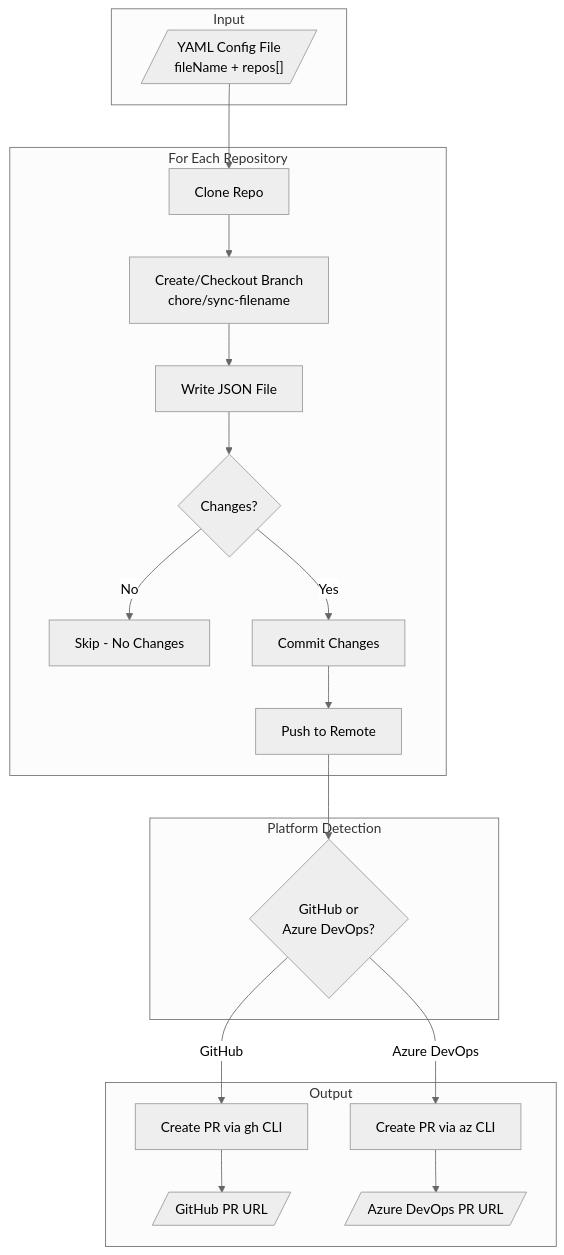
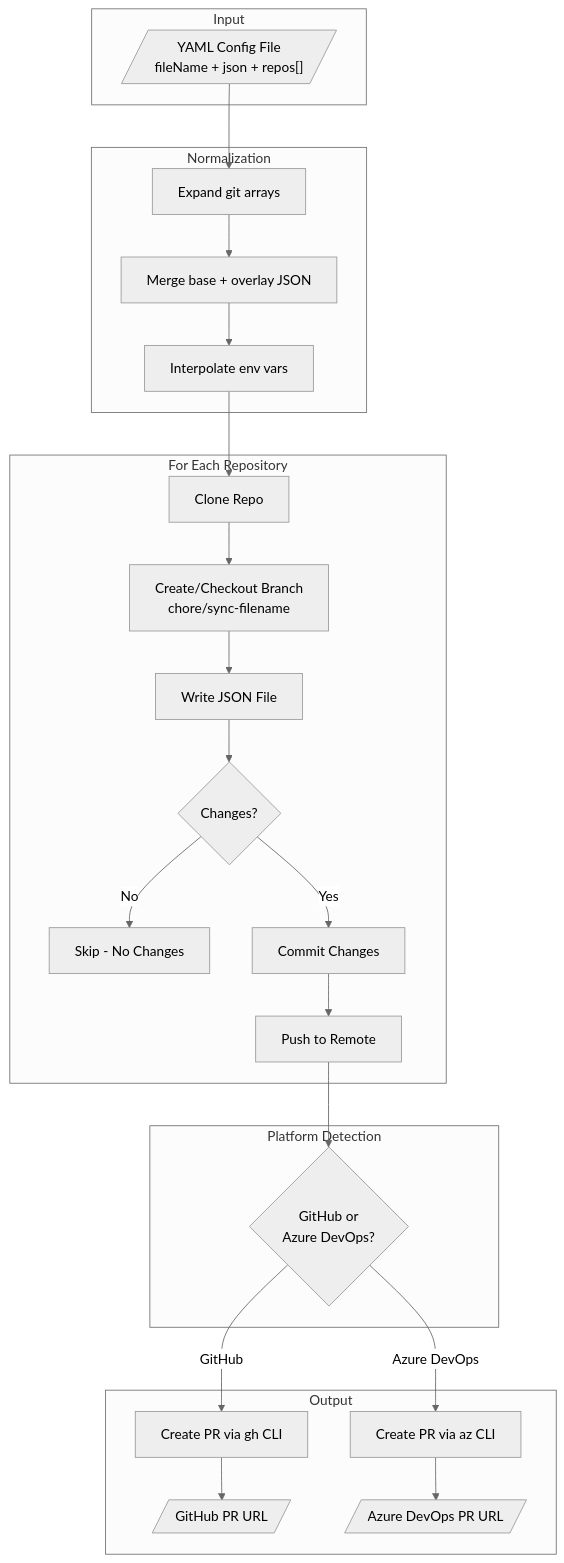
Before and after one commit to anthony-spruyt/json-config-sync: the diagram in README.md, drawn with Mermaid (neutral theme). The commit also changed other lines of this file and 24 other files, not shown here.

````diff
--- a/README.md
+++ b/README.md
@@ -179,28 +304,34 @@
 ```mermaid
 flowchart TB
     subgraph Input
-        YAML[/"YAML Config File<br/>fileName + repos[]"/]
+        YAML[/"YAML Config File<br/>fileName + json + repos[]"/]
+    end
+
+    subgraph Normalization
+        EXPAND[Expand git arrays] --> MERGE[Merge base + overlay JSON]
+        MERGE --> ENV[Interpolate env vars]
     end
 
     subgraph Processing["For Each Repository"]
         CLONE[Clone Repo] --> BRANCH[Create/Checkout Branch<br/>chore/sync-filename]
         BRANCH --> WRITE[Write JSON File]
         WRITE --> CHECK{Changes?}
         CHECK -->|No| SKIP[Skip - No Changes]
         CHECK -->|Yes| COMMIT[Commit Changes]
         COMMIT --> PUSH[Push to Remote]
     end
 
     subgraph Platform["Platform Detection"]
         PUSH --> DETECT{GitHub or<br/>Azure DevOps?}
     end
 
     subgraph Output
         DETECT -->|GitHub| GH_PR[Create PR via gh CLI]
         DETECT -->|Azure DevOps| AZ_PR[Create PR via az CLI]
         GH_PR --> GH_URL[/"GitHub PR URL"/]
         AZ_PR --> AZ_URL[/"Azure DevOps PR URL"/]
     end
 
-    YAML --> CLONE
+    YAML --> EXPAND
+    ENV --> CLONE
 ```
````
